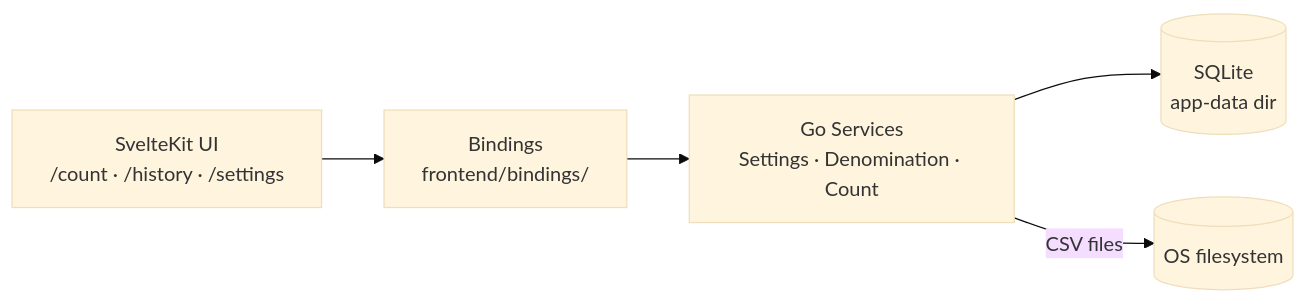
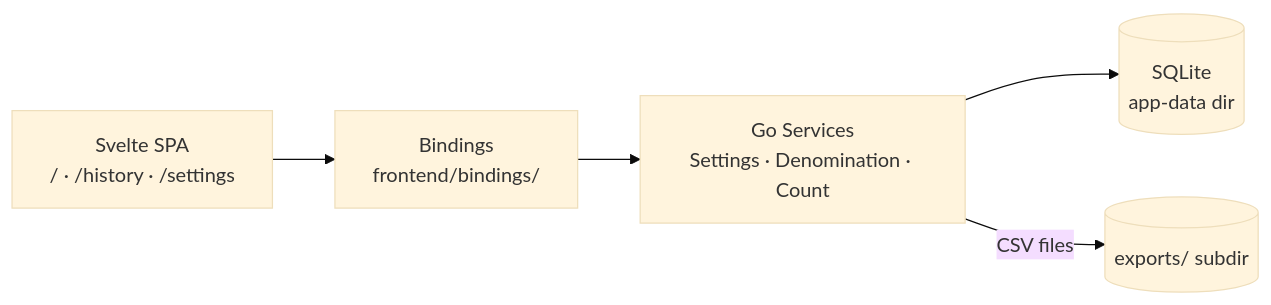
One commit to tidjee-dev/cash-count changed the first of 3 diagrams in DOCUMENTATION.md. Above: the diagram before and after it, drawn with Mermaid (base theme). The commit also changed other lines of this file and 1 other file, not shown here.

````diff
--- a/DOCUMENTATION.md
+++ b/DOCUMENTATION.md
@@ -79,9 +80,9 @@
 ```mermaid
 flowchart LR
-  FE[SvelteKit UI<br/>/count · /history · /settings]
+  FE[Svelte SPA<br/>/ · /history · /settings]
   BEO[Bindings<br/>frontend/bindings/]
   SVC[Go Services<br/>Settings · Denomination · Count]
   DB[(SQLite<br/>app-data dir)]
   FE --> BEO --> SVC --> DB
-  SVC -->|CSV files| FS[(OS filesystem)]
+  SVC -->|CSV files| FS[(exports/ subdir)]
 ```
````
